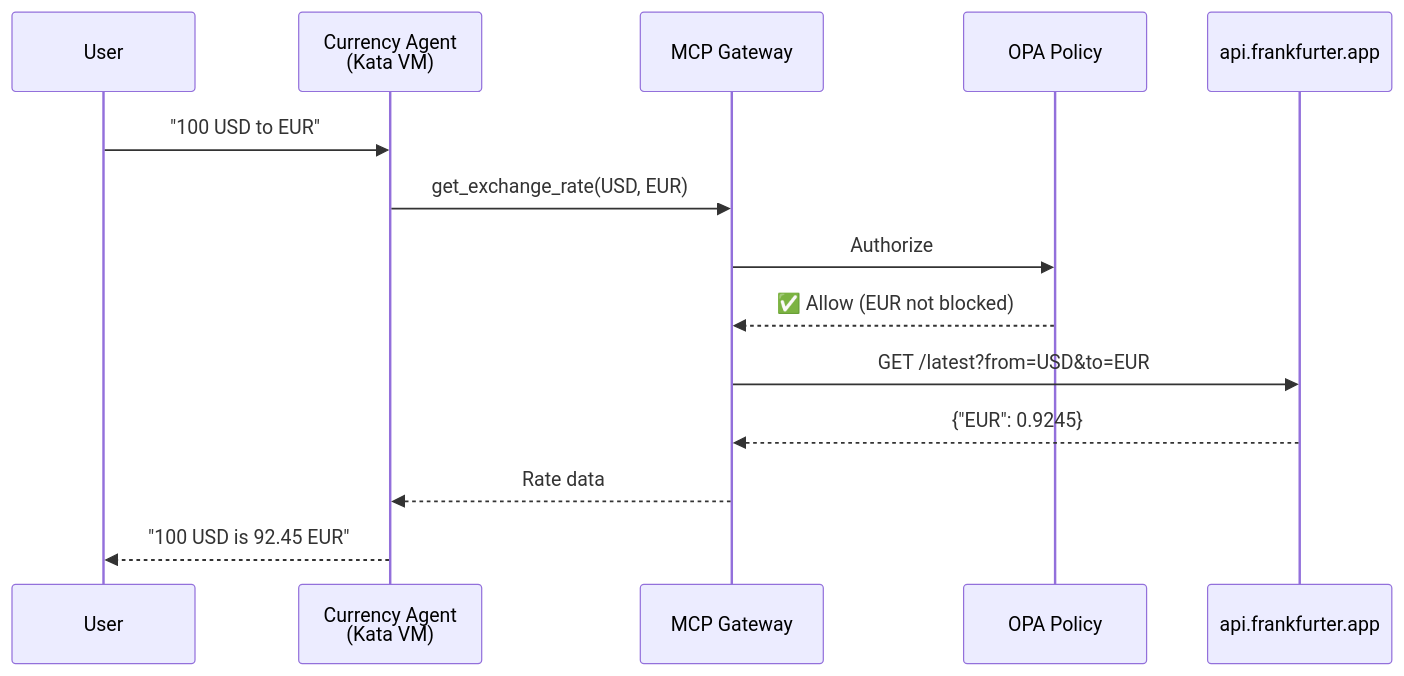
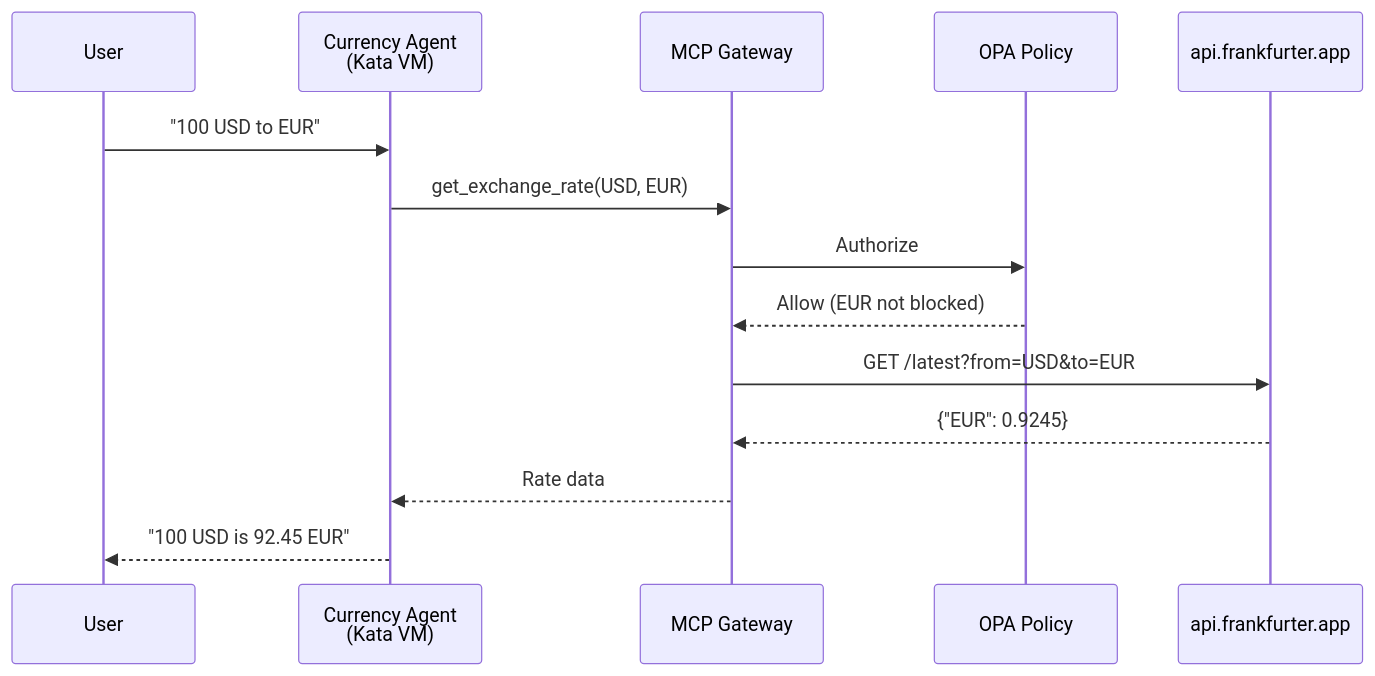
One commit to rrbanda/agent-sandbox-ocp changed the diagram in docs/workshop/04-deploy-and-test/03-test-allowed.md. Above: the diagram before and after it, drawn with Mermaid. The commit also changed other lines of this file and 23 other files, not shown here.

````diff
--- a/docs/workshop/04-deploy-and-test/03-test-allowed.md
+++ b/docs/workshop/04-deploy-and-test/03-test-allowed.md
@@ -109,17 +109,17 @@
 ```mermaid
 sequenceDiagram
     participant User
     participant Agent as Currency Agent<br/>(Kata VM)
     participant Gateway as MCP Gateway
     participant OPA as OPA Policy
     participant API as api.frankfurter.app
     
     User->>Agent: "100 USD to EUR"
     Agent->>Gateway: get_exchange_rate(USD, EUR)
     Gateway->>OPA: Authorize
-    OPA-->>Gateway: ✅ Allow (EUR not blocked)
+    OPA-->>Gateway:  Allow (EUR not blocked)
     Gateway->>API: GET /latest?from=USD&to=EUR
     API-->>Gateway: {"EUR": 0.9245}
     Gateway-->>Agent: Rate data
     Agent-->>User: "100 USD is 92.45 EUR"
 ```
````
